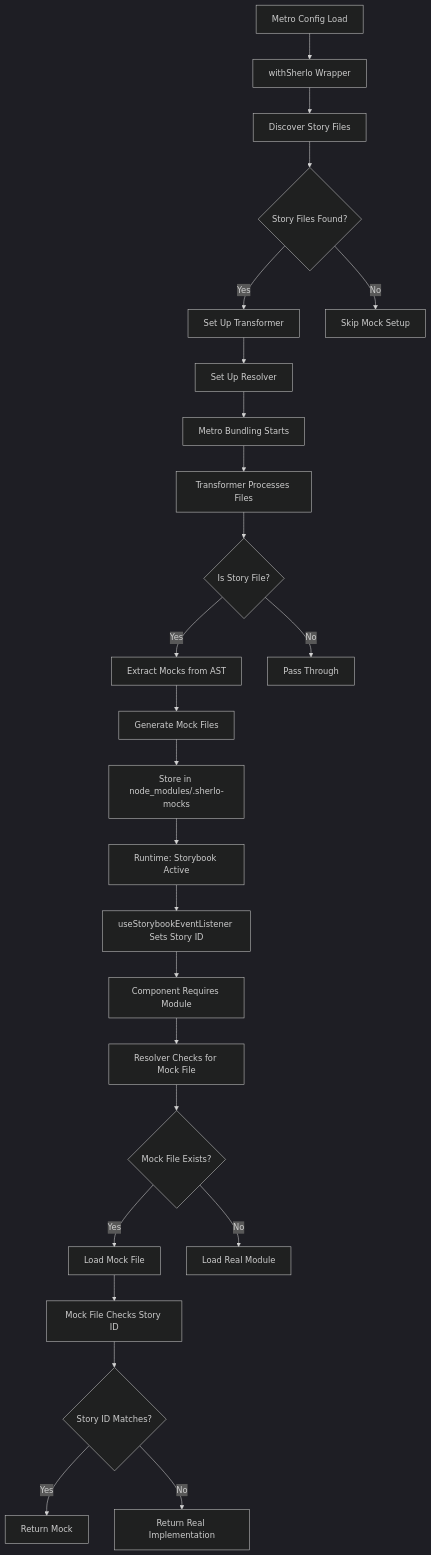
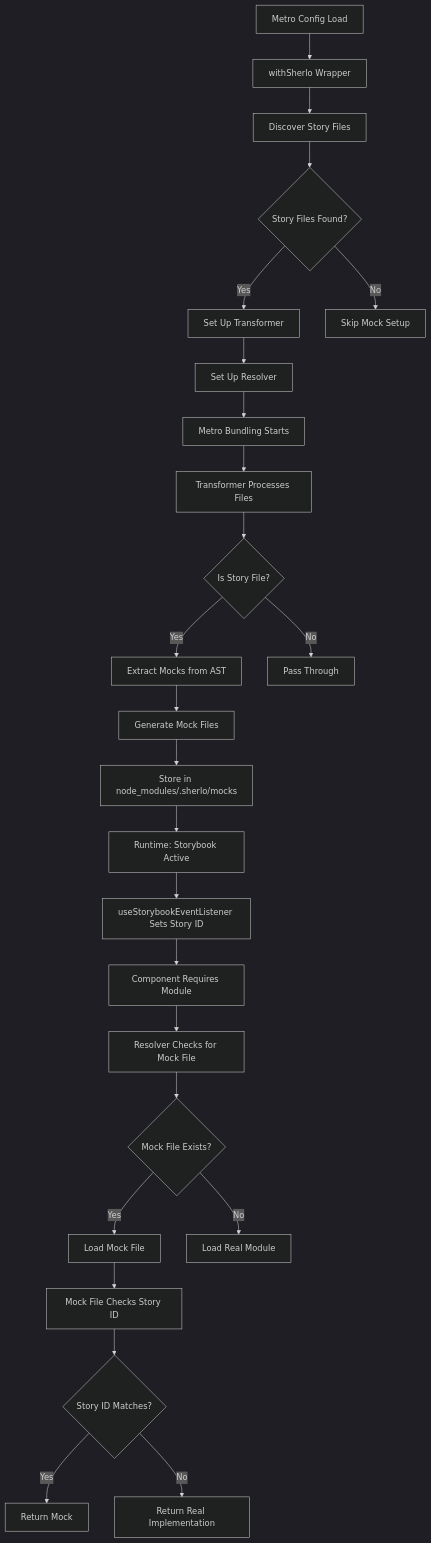
The first of 2 diagrams in docs/mocking-system.md (sherlo-io/sherlo), drawn with Mermaid (dark theme) before and after one commit. The commit also changed other lines of this file and 9 other files, not shown here.

````diff
--- a/docs/mocking-system.md
+++ b/docs/mocking-system.md
@@ -21,27 +21,27 @@
 ```mermaid
 graph TB
     A[Metro Config Load] --> B[withSherlo Wrapper]
     B --> C[Discover Story Files]
     C --> D{Story Files Found?}
     D -->|Yes| E[Set Up Transformer]
     D -->|No| F[Skip Mock Setup]
     E --> G[Set Up Resolver]
     G --> H[Metro Bundling Starts]
     H --> I[Transformer Processes Files]
     I --> J{Is Story File?}
     J -->|Yes| K[Extract Mocks from AST]
     J -->|No| L[Pass Through]
     K --> M[Generate Mock Files]
-    M --> N[Store in node_modules/.sherlo-mocks]
+    M --> N[Store in node_modules/.sherlo/mocks]
     N --> O[Runtime: Storybook Active]
     O --> P[useStorybookEventListener Sets Story ID]
     P --> Q[Component Requires Module]
     Q --> R[Resolver Checks for Mock File]
     R --> S{Mock File Exists?}
     S -->|Yes| T[Load Mock File]
     S -->|No| U[Load Real Module]
     T --> V[Mock File Checks Story ID]
     V --> W{Story ID Matches?}
     W -->|Yes| X[Return Mock]
     W -->|No| Y[Return Real Implementation]
 ```
````
